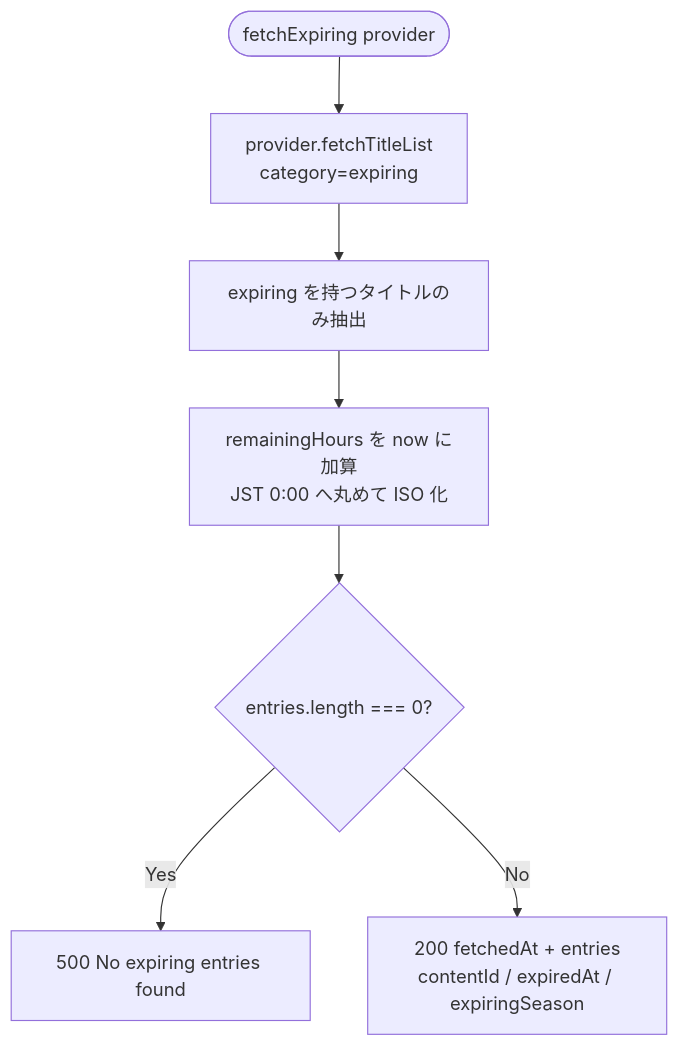
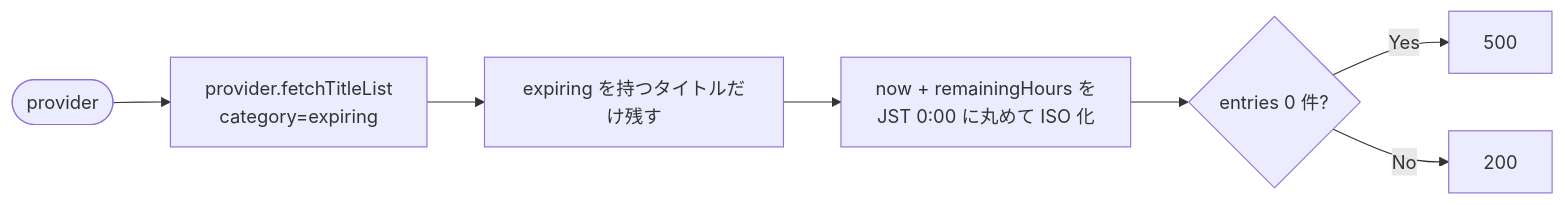
The second of 5 diagrams in docs/features/lambda-processing-flow.md (tkgstrator/anime-tracker), drawn with Mermaid before and after one commit. The commit also changed other lines of this file, not shown here.

First line of the commit message:
docs(lambda): rework flowchart with endpoint table and trigger map

````diff
--- a/docs/features/lambda-processing-flow.md
+++ b/docs/features/lambda-processing-flow.md
@@ -55,9 +73,9 @@
 ```mermaid
-flowchart TD
-  S([fetchExpiring provider]) --> P[provider.fetchTitleList<br/>category=expiring]
-  P --> F[expiring を持つタイトルのみ抽出]
-  F --> M[remainingHours を now に加算<br/>JST 0:00 へ丸めて ISO 化]
-  M --> N{entries.length === 0?}
-  N -->|Yes| Err[500 No expiring entries found]
-  N -->|No| Ok[200 fetchedAt + entries<br/>contentId / expiredAt / expiringSeason]
+flowchart LR
+  A([provider]) --> B[provider.fetchTitleList<br/>category=expiring]
+  B --> C[expiring を持つタイトルだけ残す]
+  C --> D[now + remainingHours を<br/>JST 0:00 に丸めて ISO 化]
+  D --> E{entries 0 件?}
+  E -- Yes --> Err[500]
+  E -- No --> Ok[200]
 ```
````
